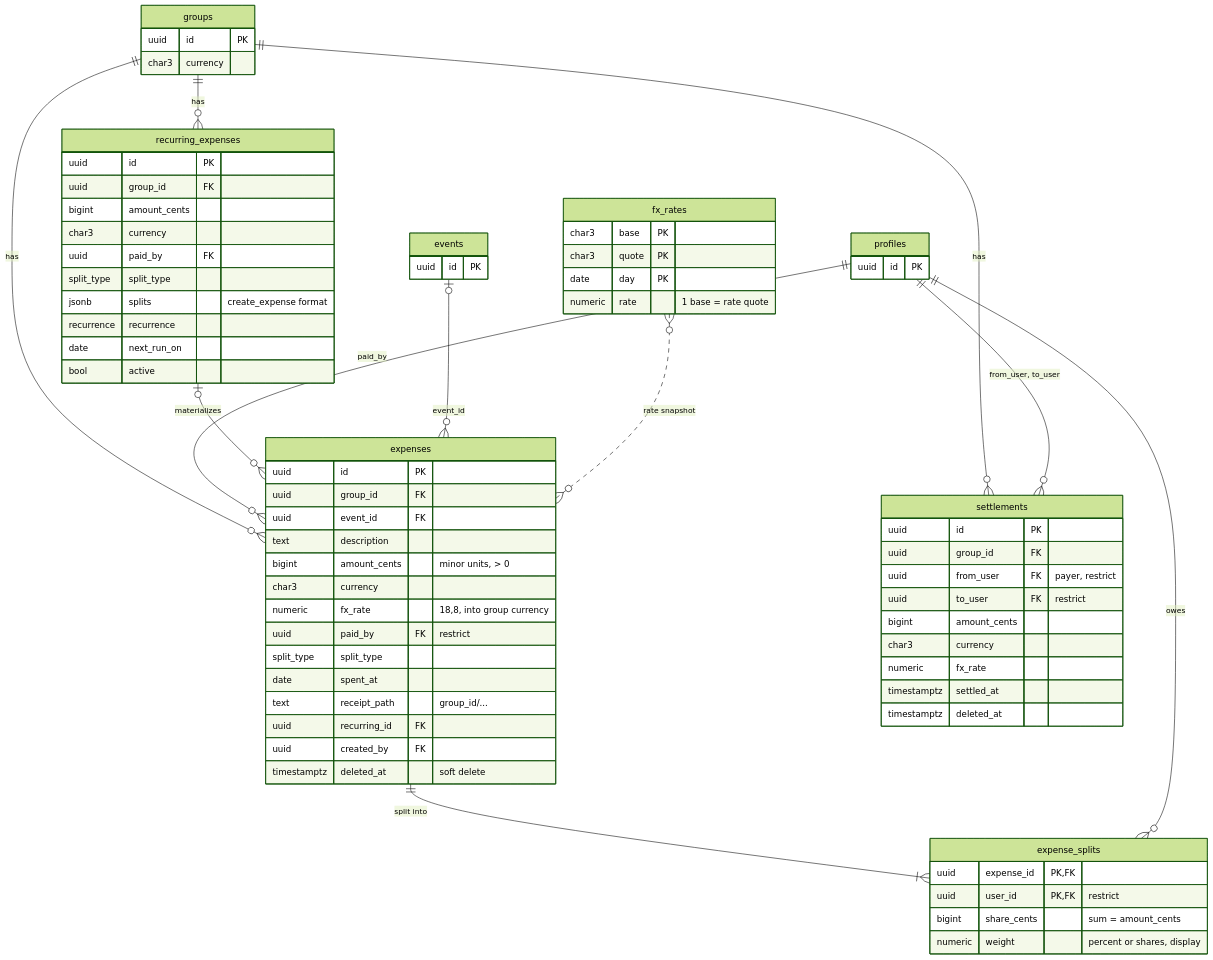
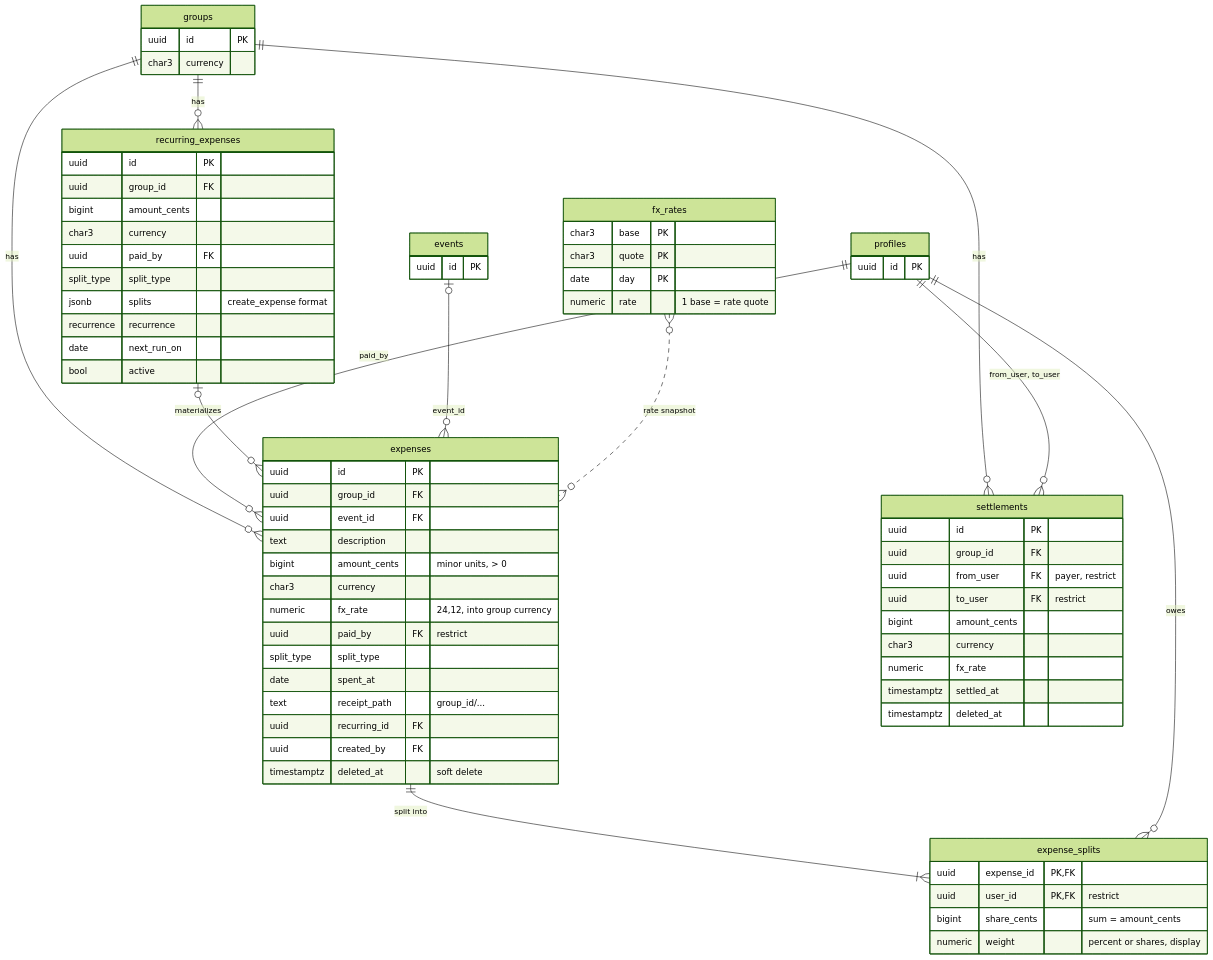
Before and after one commit to Fermulate/potluck: the fifth of 6 diagrams in docs/architecture.md, drawn with Mermaid (forest theme). The commit also changed other lines of this file and 1 other file, not shown here.

Commit message:
docs: blocks on invites, former members, group row locks, new error codes, fx precision

````diff
--- a/docs/architecture.md
+++ b/docs/architecture.md
@@ -211,75 +211,75 @@
 ```mermaid
 erDiagram
   groups ||--o{ expenses : has
   groups ||--o{ settlements : has
   groups ||--o{ recurring_expenses : has
   expenses ||--|{ expense_splits : "split into"
   profiles ||--o{ expense_splits : owes
   profiles ||--o{ expenses : "paid_by"
   profiles ||--o{ settlements : "from_user, to_user"
   recurring_expenses |o--o{ expenses : materializes
   events |o--o{ expenses : "event_id"
   fx_rates }o..o{ expenses : "rate snapshot"
 
   groups {
     uuid id PK
     char3 currency
   }
   profiles {
     uuid id PK
   }
   events {
     uuid id PK
   }
   expenses {
     uuid id PK
     uuid group_id FK
     uuid event_id FK
     text description
     bigint amount_cents "minor units, > 0"
     char3 currency
-    numeric fx_rate "18,8, into group currency"
+    numeric fx_rate "24,12, into group currency"
     uuid paid_by FK "restrict"
     split_type split_type
     date spent_at
     text receipt_path "group_id/..."
     uuid recurring_id FK
     uuid created_by FK
     timestamptz deleted_at "soft delete"
   }
   expense_splits {
     uuid expense_id PK, FK
     uuid user_id PK, FK "restrict"
     bigint share_cents "sum = amount_cents"
     numeric weight "percent or shares, display"
   }
   recurring_expenses {
     uuid id PK
     uuid group_id FK
     bigint amount_cents
     char3 currency
     uuid paid_by FK
     split_type split_type
     jsonb splits "create_expense format"
     recurrence recurrence
     date next_run_on
     bool active
   }
   settlements {
     uuid id PK
     uuid group_id FK
     uuid from_user FK "payer, restrict"
     uuid to_user FK "restrict"
     bigint amount_cents
     char3 currency
     numeric fx_rate
     timestamptz settled_at
     timestamptz deleted_at
   }
   fx_rates {
     char3 base PK
     char3 quote PK
     date day PK
     numeric rate "1 base = rate quote"
   }
 ```
````
